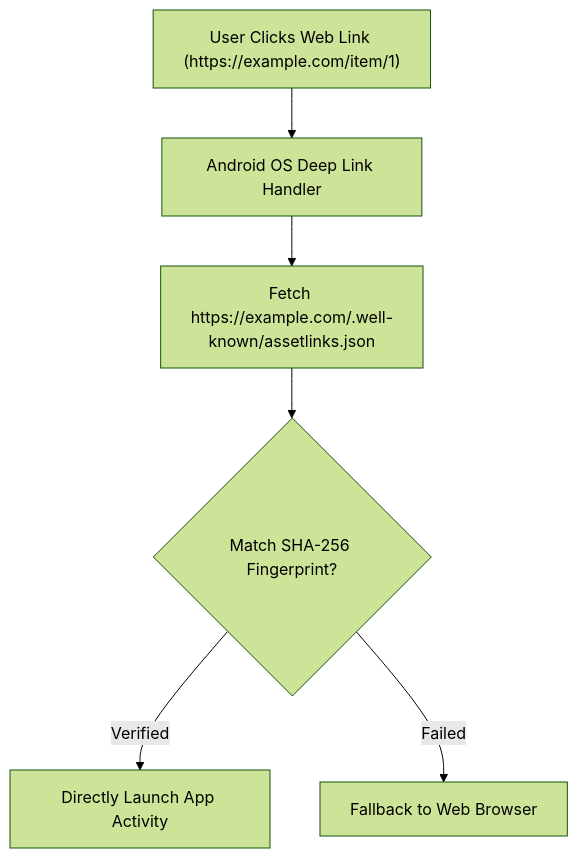
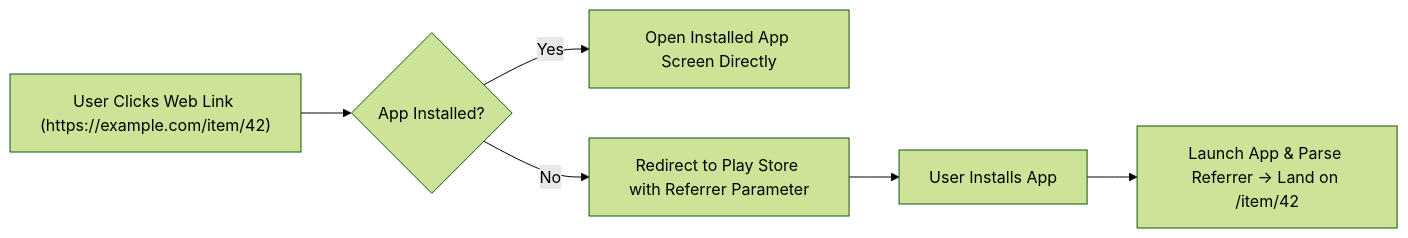
One commit to youngmin-gwon/what-i-studied changed the diagram in 01_inbox/mobile/android/03_packaging_deployment/distribution/play-delivery-contracts/google-play-instant-is-sunset-and-replaced-by-deeplink-install-flows.md. Above: the diagram before and after it, drawn with Mermaid (forest theme). The commit also changed other lines of this file and 134 other files, not shown here.

````diff
--- a/01_inbox/mobile/android/03_packaging_deployment/distribution/play-delivery-contracts/google-play-instant-is-sunset-and-replaced-by-deeplink-install-flows.md
+++ b/01_inbox/mobile/android/03_packaging_deployment/distribution/play-delivery-contracts/google-play-instant-is-sunset-and-replaced-by-deeplink-install-flows.md
@@ -19,8 +25,8 @@
 ```mermaid
-flowchart TD
-    User["User Clicks Web Link (https://example.com/item/1)"] --> OS["Android OS Deep Link Handler"]
-    OS --> FetchJSON["Fetch https://example.com/.well-known/assetlinks.json"]
-    FetchJSON --> CheckCert{"Match SHA-256 Fingerprint?"}
-    CheckCert -->|Verified| LaunchApp["Directly Launch App Activity"]
-    CheckCert -->|Failed| LaunchBrowser["Fallback to Web Browser"]
+flowchart LR
+    WebClick["User Clicks Web Link (https://example.com/item/42)"] --> AppCheck{"App Installed?"}
+    AppCheck -->|Yes| LaunchDirect["Open Installed App Screen Directly"]
+    AppCheck -->|No| PlayStore["Redirect to Play Store with Referrer Parameter"]
+    PlayStore --> InstallApp["User Installs App"]
+    InstallApp --> DeferredDeepLink["Launch App & Parse Referrer -> Land on /item/42"]
 ```
````
